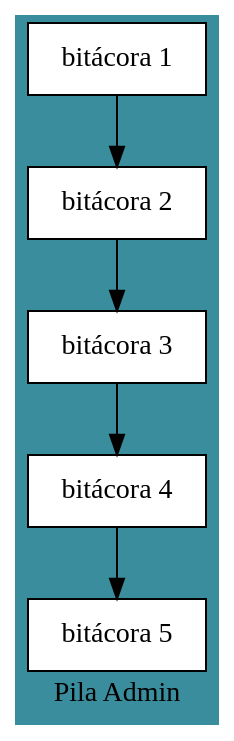
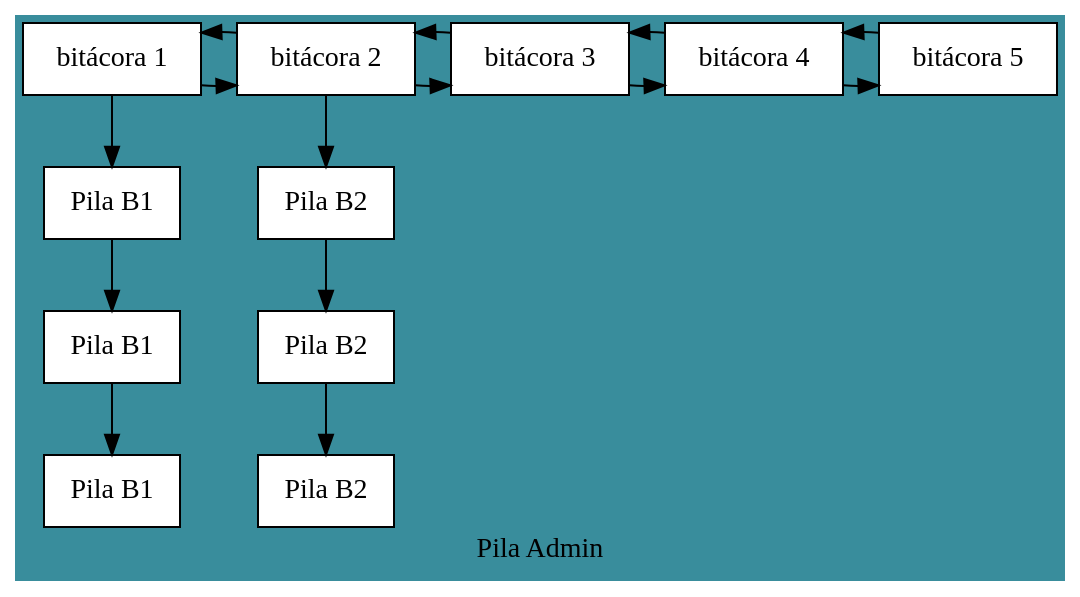
One commit to RamiroTelles/EDD_1S2023_PY_202010044 changed the diagram in EDD_Proyecto1_Fase1/grafica.dot. Above: the diagram before and after it, drawn with Graphviz. The commit also changed 12 other files, not shown here.

Commit message:
reportes Graphviz

```diff
--- a/EDD_Proyecto1_Fase1/grafica.dot
+++ b/EDD_Proyecto1_Fase1/grafica.dot
@@ -1,16 +1,41 @@
 digraph l{
     node[shape=box fillcolor="#FFFFFF" style=filled]
+    
     label ="Pila Admin"
     bgcolor= "#398D9C"
     B1[label="bitácora 1",group =1];
-    B2[label="bitácora 2",group =1];
-    B3[label="bitácora 3",group =1];
-    B4[label="bitácora 4",group =1];
-    B5[label="bitácora 5",group =1];
+    B2[label="bitácora 2",group =2];
+    B3[label="bitácora 3",group =3];
+    B4[label="bitácora 4",group =4];
+    B5[label="bitácora 5",group =5];
+
+    P10[label="Pila B1",group =1];
+    P11[label="Pila B1",group =1];
+    P12[label="Pila B1",group =1];
+
+    P20[label="Pila B2",group =2];
+    P21[label="Pila B2",group =2];
+    P22[label="Pila B2",group =2];
 
     B1-> B2
     B2-> B3
     B3-> B4
     B4-> B5
 
+    B2-> B1
+    B3-> B2
+    B4-> B3
+    B5-> B4
+
+    B1->P10
+    P10->P11
+    P11->P12
+
+    B2->P20
+    P20->P21
+    P21->P22
+
+    { rank=same; B1;B2;B3;B4;B5;};
+
+
 }
```
